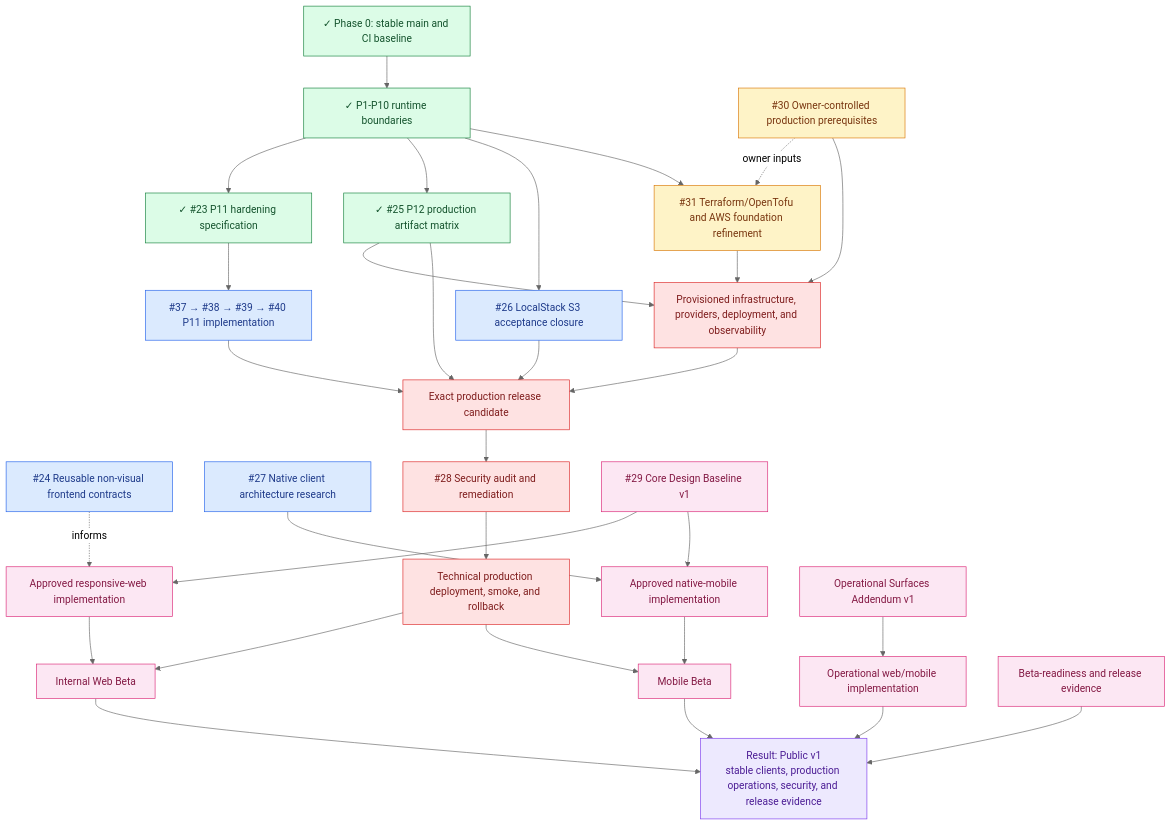
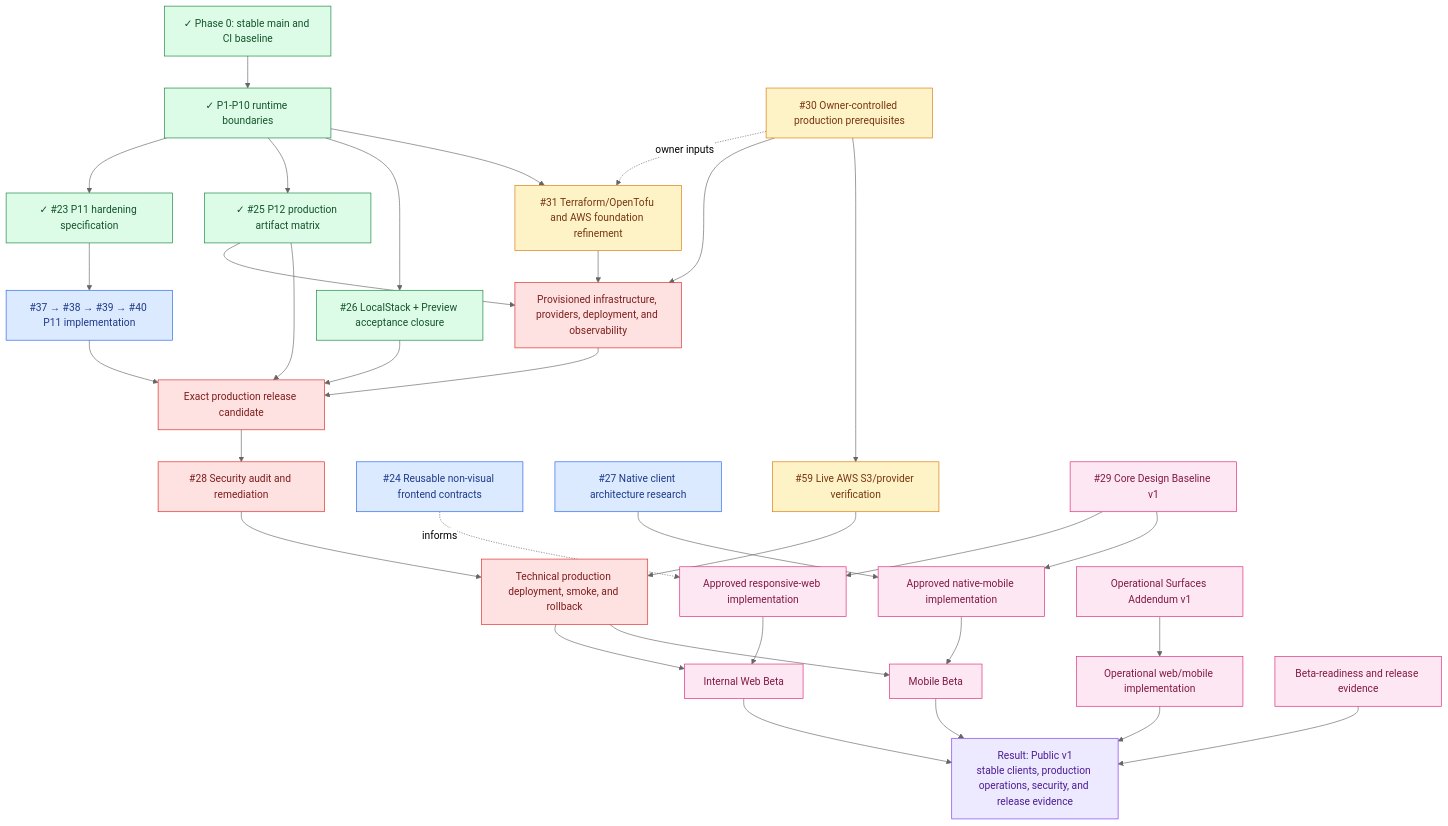
One commit to starkovalera/recipe-manager changed the third of 3 diagrams in docs/roadmap.md. Above: the diagram before and after it, drawn with Mermaid (neutral theme). The commit also changed other lines of this file and 4 other files, not shown here.

First line of the commit message:
[DOCS] Record Preview browser acceptance evidence (#58)

````diff
--- a/docs/roadmap.md
+++ b/docs/roadmap.md
@@ -133,77 +133,80 @@
 ```mermaid
 flowchart TD
   phase0["✓ Phase 0: stable main and CI baseline"]
   runtime["✓ P1-P10 runtime boundaries"]
 
   p11["✓ #23 P11 hardening specification"]
   p11Implementation["#37 → #38 → #39 → #40 P11 implementation"]
   p12["✓ #25 P12 production artifact matrix"]
-  localstack["#26 LocalStack S3 acceptance closure"]
+  localstack["#26 LocalStack + Preview acceptance closure"]
+  liveAws["#59 Live AWS S3/provider verification"]
   frontendAudit["#24 Reusable non-visual frontend contracts"]
   mobileResearch["#27 Native client architecture research"]
   infraRefine["#31 Terraform/OpenTofu and AWS foundation refinement"]
   owner["#30 Owner-controlled production prerequisites"]
 
   infra["Provisioned infrastructure, providers, deployment, and observability"]
   candidate["Exact production release candidate"]
   security["#28 Security audit and remediation"]
   technical["Technical production deployment, smoke, and rollback"]
 
   design["#29 Core Design Baseline v1"]
   web["Approved responsive-web implementation"]
   mobile["Approved native-mobile implementation"]
   webBeta["Internal Web Beta"]
   mobileBeta["Mobile Beta"]
   designOps["Operational Surfaces Addendum v1"]
   ops["Operational web/mobile implementation"]
   beta["Beta-readiness and release evidence"]
   result["Result: Public v1<br/>stable clients, production operations, security, and release evidence"]
 
   phase0 --> runtime
   runtime --> p11
   runtime --> p12
   runtime --> localstack
   runtime --> infraRefine
   owner -. owner inputs .-> infraRefine
   infraRefine --> infra
   owner --> infra
+  owner --> liveAws
   p12 --> infra
 
   p11 --> p11Implementation
   p11Implementation --> candidate
   p12 --> candidate
   infra --> candidate
   localstack --> candidate
   candidate --> security
   security --> technical
+  liveAws --> technical
 
   design --> web
   design --> mobile
   frontendAudit -. informs .-> web
   mobileResearch --> mobile
   technical --> webBeta
   web --> webBeta
   technical --> mobileBeta
   mobile --> mobileBeta
   designOps --> ops
 
   webBeta --> result
   mobileBeta --> result
   ops --> result
   beta --> result
 
   classDef complete fill:#dcfce7,stroke:#15803d,color:#14532d
   classDef ready fill:#dbeafe,stroke:#2563eb,color:#1e3a8a
   classDef refine fill:#fef3c7,stroke:#d97706,color:#78350f
   classDef blocked fill:#fee2e2,stroke:#dc2626,color:#7f1d1d
   classDef gated fill:#fce7f3,stroke:#db2777,color:#831843
   classDef result fill:#ede9fe,stroke:#7c3aed,color:#4c1d95
 
   class phase0,runtime complete
-  class p11,p12 complete
-  class p11Implementation,localstack,frontendAudit,mobileResearch ready
-  class infraRefine,owner refine
+  class p11,p12,localstack complete
+  class p11Implementation,frontendAudit,mobileResearch ready
+  class liveAws,infraRefine,owner refine
   class infra,candidate,security,technical blocked
   class design,web,mobile,webBeta,mobileBeta,designOps,ops,beta gated
   class result result
 ```
````
